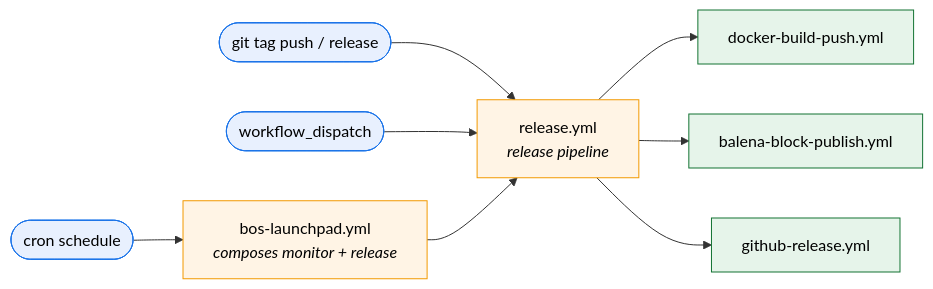
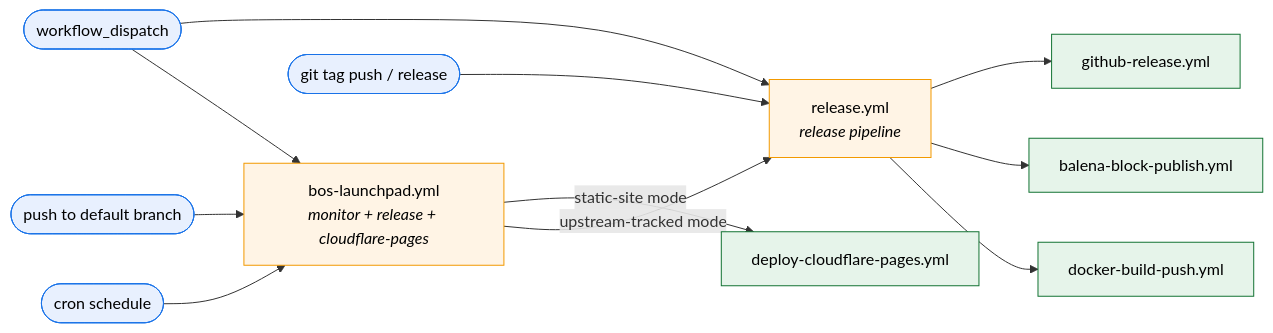
The diagram in README.md (blackoutsecure/bos-automation-hub), drawn with Mermaid before and after one commit. The commit also changed other lines of this file and 8 other files, not shown here.

Commit message:
Remove deprecated bos-launchpad-example.yml, add new Cloudflare zone resolution action, and introduce examples for Cloudflare Pages and upstream-tracked container release workflows.

````diff
--- a/README.md
+++ b/README.md
@@ -419,19 +497,22 @@
 ```mermaid
 flowchart LR
-    cron([cron schedule]):::trigger --> rfu
+    cron([cron schedule]):::trigger --> launchpad
+    push([push to default branch]):::trigger --> launchpad
     tag([git tag push / release]):::trigger --> release
-    dispatch([workflow_dispatch]):::trigger --> release
+    dispatch([workflow_dispatch]):::trigger --> launchpad
+    dispatch --> release
 
-    rfu["bos-launchpad.yml<br/><i>composes monitor + release</i>"]:::orchestrator
+    launchpad["bos-launchpad.yml<br/><i>monitor + release + cloudflare-pages</i>"]:::orchestrator
     release["release.yml<br/><i>release pipeline</i>"]:::orchestrator
 
-    rfu --> release
+    launchpad -->|upstream-tracked mode| release
+    launchpad -->|static-site mode| pages["deploy-cloudflare-pages.yml"]:::stage
 
     release --> docker["docker-build-push.yml"]:::stage
     release --> balena["balena-block-publish.yml"]:::stage
     release --> ghr["github-release.yml"]:::stage
 
     classDef trigger fill:#e8f0fe,stroke:#1a73e8,color:#000
     classDef orchestrator fill:#fff4e5,stroke:#f29900,color:#000
     classDef stage fill:#e6f4ea,stroke:#137333,color:#000
 ```
````
